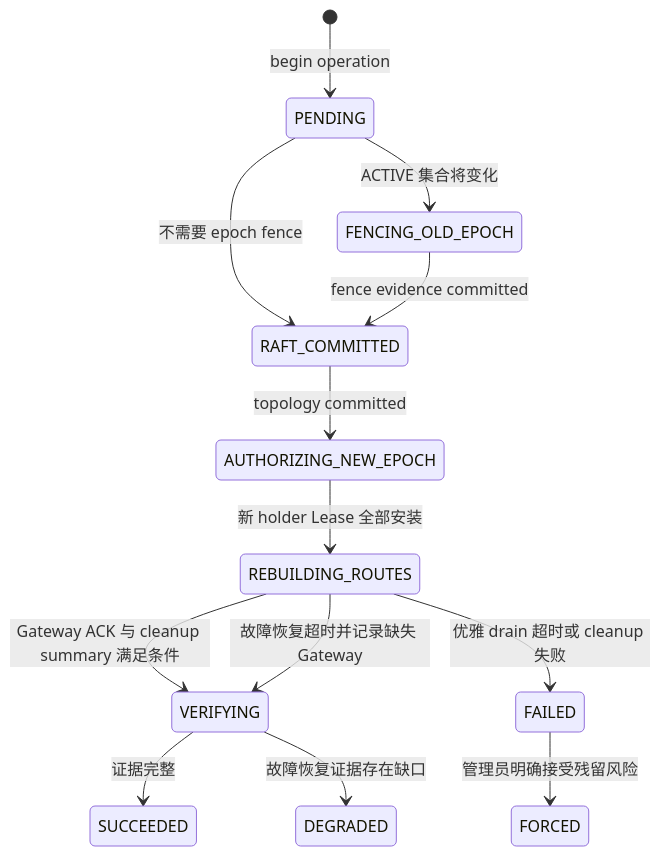
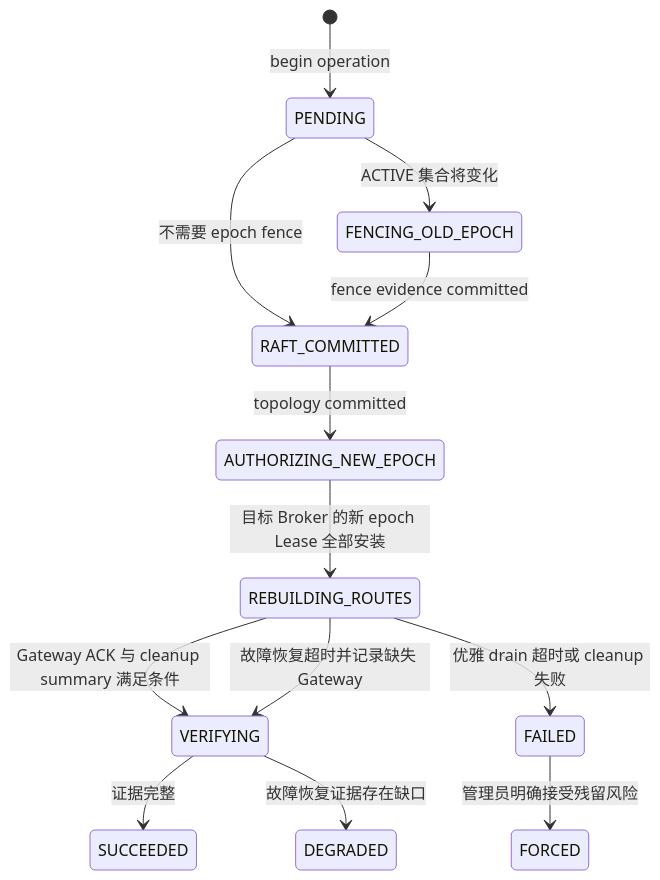
Diagram 13 of 18 in im-broker/ARCHITECTURE.md (kc-co9/im-chat), drawn with Mermaid before and after one commit. The commit also changed other lines of this file and 548 other files, not shown here.

````diff
--- a/im-broker/ARCHITECTURE.md
+++ b/im-broker/ARCHITECTURE.md
@@ -542,15 +606,15 @@
 ```mermaid
 stateDiagram-v2
     [*] --> PENDING: begin operation
     PENDING --> FENCING_OLD_EPOCH: ACTIVE 集合将变化
     PENDING --> RAFT_COMMITTED: 不需要 epoch fence
     FENCING_OLD_EPOCH --> RAFT_COMMITTED: fence evidence committed
     RAFT_COMMITTED --> AUTHORIZING_NEW_EPOCH: topology committed
-    AUTHORIZING_NEW_EPOCH --> REBUILDING_ROUTES: 新 holder Lease 全部安装
+    AUTHORIZING_NEW_EPOCH --> REBUILDING_ROUTES: 目标 Broker 的新 epoch Lease 全部安装
     REBUILDING_ROUTES --> VERIFYING: Gateway ACK 与 cleanup summary 满足条件
     VERIFYING --> SUCCEEDED: 证据完整
     REBUILDING_ROUTES --> FAILED: 优雅 drain 超时或 cleanup 失败
     FAILED --> FORCED: 管理员明确接受残留风险
     REBUILDING_ROUTES --> VERIFYING: 故障恢复超时并记录缺失 Gateway
     VERIFYING --> DEGRADED: 故障恢复证据存在缺口
 ```
````
